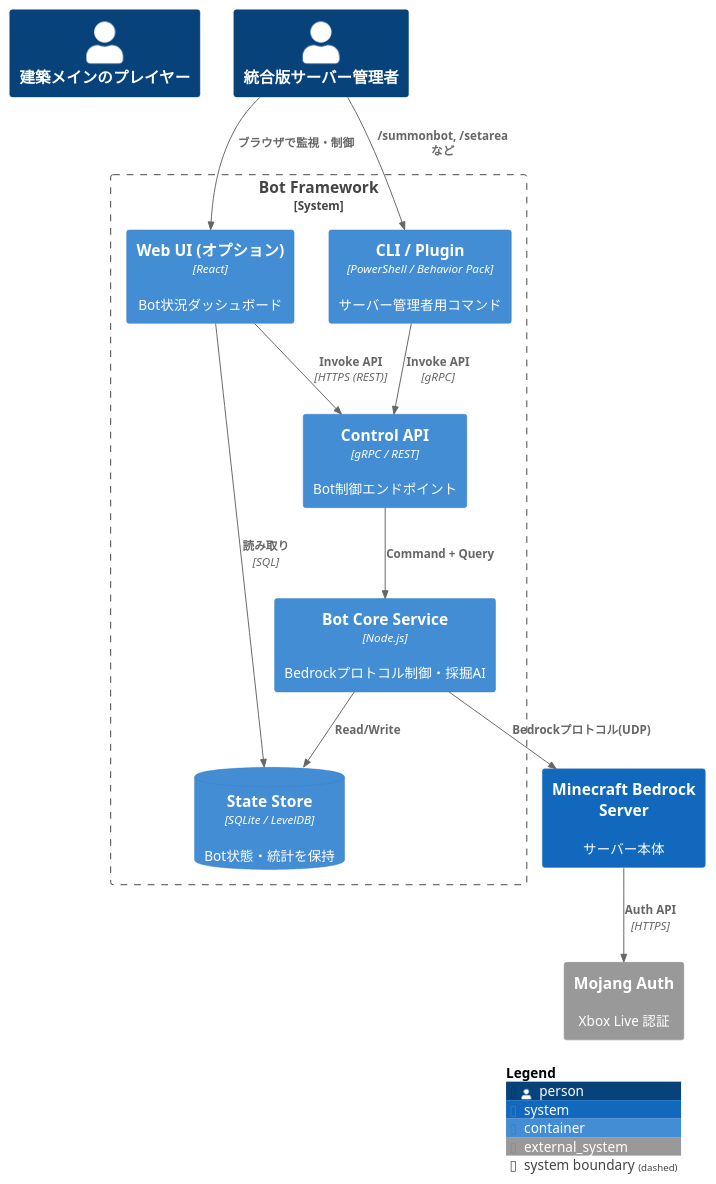
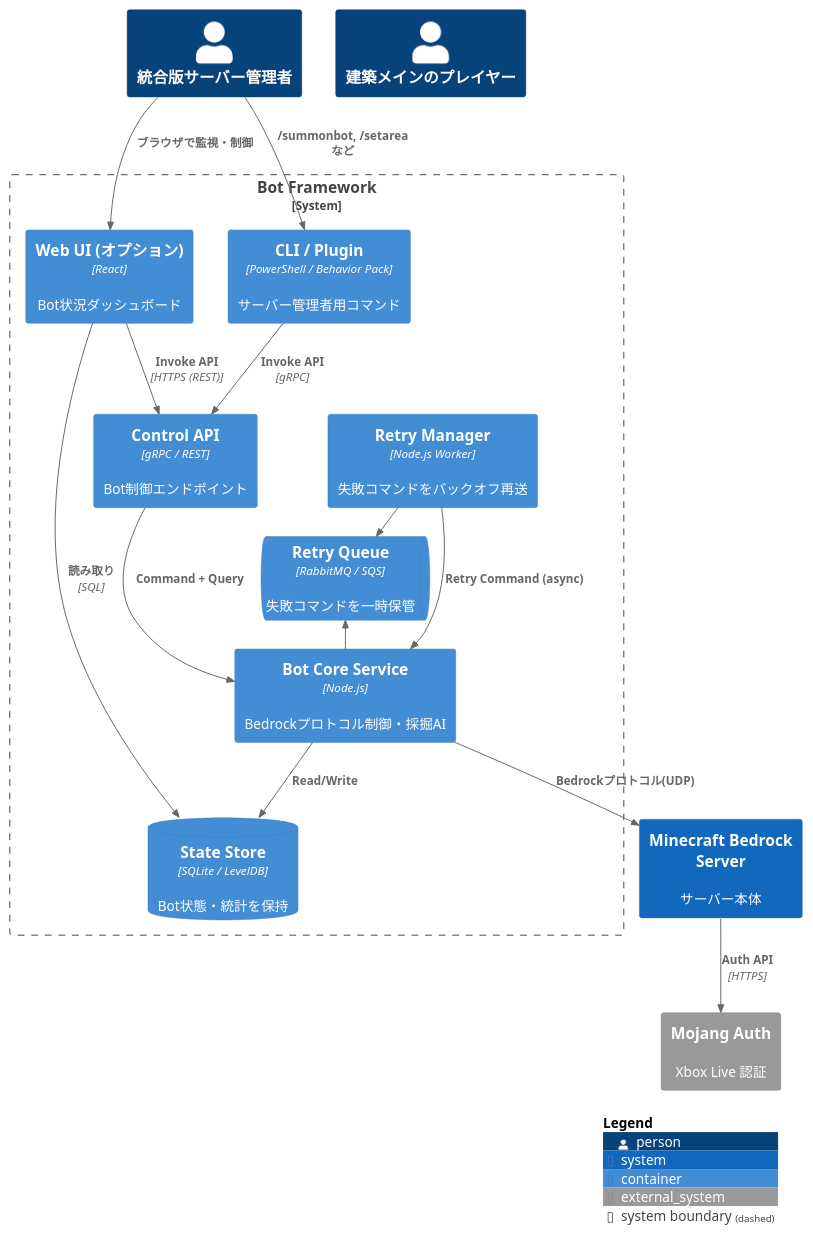
The diagram in docs/03_design/diagrams/c4/container.puml (u-keiya/Tsuruhashi), drawn with PlantUML before and after one commit. The commit also changed 11 other files, not shown here.

Commit message:
first architect

```diff
--- a/docs/03_design/diagrams/c4/container.puml
+++ b/docs/03_design/diagrams/c4/container.puml
@@ -1,33 +1,38 @@
 @startuml C4-Container
 ' ============================================================
 ' C4 Container Diagram : Minecraft Bedrock Bot Framework
 ' USDM: US-001 US-002 US-003 US-004
 ' ============================================================
 
 !include https://raw.githubusercontent.com/plantuml-stdlib/C4-PlantUML/master/C4_Container.puml
 
 Person(player, "建築メインのプレイヤー")
 Person(admin, "統合版サーバー管理者")
 System(bedrockServer, "Minecraft Bedrock Server", "サーバー本体")
 System_Ext(mojang, "Mojang Auth", "Xbox Live 認証")
 
 System_Boundary(bf, "Bot Framework") {
   Container(botCore, "Bot Core Service", "Node.js", "Bedrockプロトコル制御・採掘AI")
   Container(controlAPI, "Control API", "gRPC / REST", "Bot制御エンドポイント")
   Container(cliPlugin, "CLI / Plugin", "PowerShell / Behavior Pack", "サーバー管理者用コマンド")
   Container(webUI, "Web UI (オプション)", "React", "Bot状況ダッシュボード")
   ContainerDb(stateDB, "State Store", "SQLite / LevelDB", "Bot状態・統計を保持")
+  ContainerQueue(retryQueue, "Retry Queue", "RabbitMQ / SQS", "失敗コマンドを一時保管")
+  Container(retryManager, "Retry Manager", "Node.js Worker", "失敗コマンドをバックオフ再送")
 }
 
 Rel(admin, cliPlugin, "/summonbot, /setarea など")
 Rel(admin, webUI, "ブラウザで監視・制御")
 Rel(cliPlugin, controlAPI, "Invoke API", "gRPC")
 Rel(webUI, controlAPI, "Invoke API", "HTTPS (REST)")
 Rel(controlAPI, botCore, "Command + Query")
 Rel(botCore, bedrockServer, "Bedrockプロトコル(UDP)")
 Rel(bedrockServer, mojang, "Auth API", "HTTPS")
 Rel(botCore, stateDB, "Read/Write")
 Rel(webUI, stateDB, "読み取り", "SQL")
+Rel_L(botCore, retryQueue, "Publish FailedCommand", "AMQP")
+Rel_R(retryManager, retryQueue, "Consume", "AMQP")
+Rel(retryManager, botCore, "Retry Command (async)")
 
 SHOW_LEGEND()
 @enduml
```
